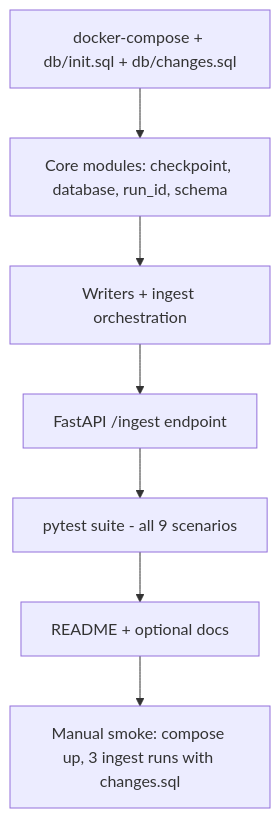
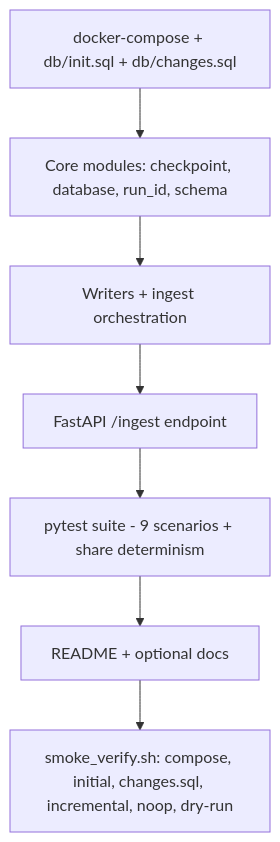
Before and after one commit to trussler-leveragepointdata/incremental-sync-data-sharing: the second of 2 diagrams in planning/development-plan.md, drawn with Mermaid. The commit also changed other lines of this file and 11 other files, not shown here.

Commit message:
Add possible architecture on AWS, execution plan, and an explanation of AI_USAGE, add additional test coverage to deal with edge cases

````diff
--- a/planning/development-plan.md
+++ b/planning/development-plan.md
@@ -298,9 +315,9 @@
 ```mermaid
 flowchart TD
   A[docker-compose + db/init.sql + db/changes.sql] --> B[Core modules: checkpoint, database, run_id, schema]
   B --> C[Writers + ingest orchestration]
   C --> D[FastAPI /ingest endpoint]
-  D --> E[pytest suite - all 9 scenarios]
+  D --> E[pytest suite - 9 scenarios + share determinism]
   E --> F[README + optional docs]
-  F --> G[Manual smoke: compose up, 3 ingest runs with changes.sql]
+  F --> G[smoke_verify.sh: compose, initial, changes.sql, incremental, noop, dry-run]
 ```
````
